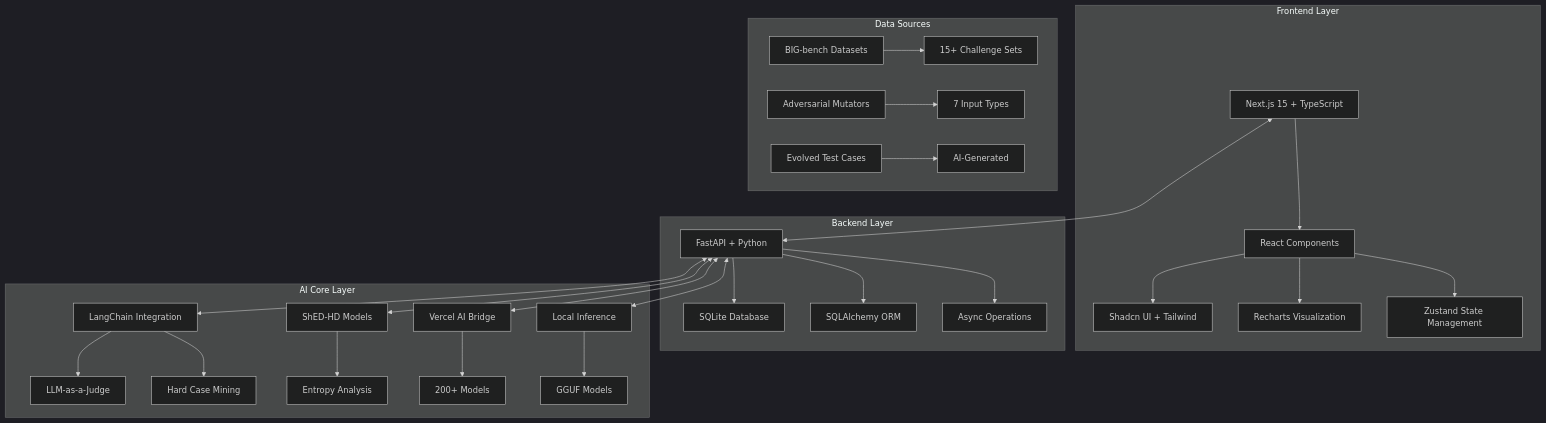
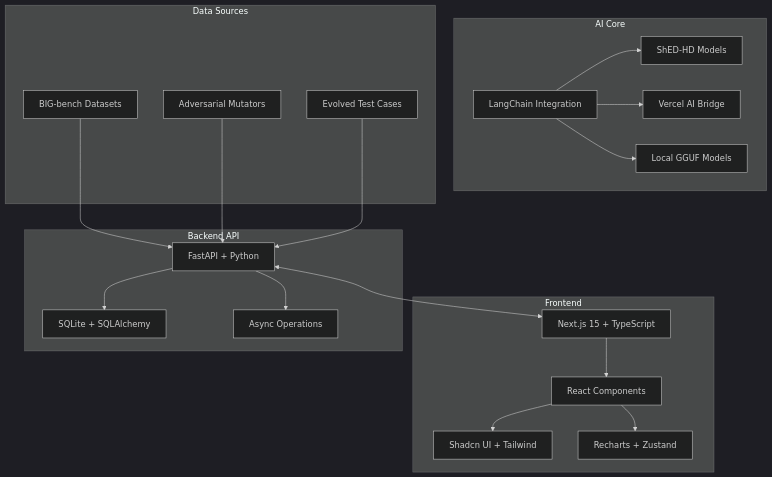
The diagram in README.md (lee-dan/DragonFruit-LLM), drawn with Mermaid (dark theme) before and after one commit. The commit also changed other lines of this file and 27 other files, not shown here.

````diff
--- a/README.md
+++ b/README.md
@@ -38,35 +38,40 @@
 ```mermaid
 graph TB
-    subgraph "Frontend Layer"
-        A[Next.js 15 + TypeScript] --> B[React Components]
-        B --> C[Shadcn UI + Tailwind]
-        B --> D[Recharts Visualization]
-        B --> E[Zustand State Management]
+    subgraph "Frontend"
+        A[Next.js 15 + TypeScript]
+        B[React Components]
+        C[Shadcn UI + Tailwind]
+        D[Recharts + Zustand]
     end
     
-    subgraph "Backend Layer"
-        F[FastAPI + Python] --> G[SQLite Database]
-        F --> H[SQLAlchemy ORM]
-        F --> I[Async Operations]
+    subgraph "Backend API"
+        E[FastAPI + Python]
+        F[SQLite + SQLAlchemy]
+        G[Async Operations]
     end
     
-    subgraph "AI Core Layer"
-        J[LangChain Integration] --> K[LLM-as-a-Judge]
-        J --> L[Hard Case Mining]
-        M[ShED-HD Models] --> N[Entropy Analysis]
-        O[Vercel AI Bridge] --> P[200+ Models]
-        Q[Local Inference] --> R[GGUF Models]
+    subgraph "AI Core"
+        H[LangChain Integration]
+        I[ShED-HD Models]
+        J[Vercel AI Bridge]
+        K[Local GGUF Models]
     end
     
     subgraph "Data Sources"
-        S[BIG-bench Datasets] --> T[15+ Challenge Sets]
-        U[Adversarial Mutators] --> V[7 Input Types]
-        W[Evolved Test Cases] --> X[AI-Generated]
+        L[BIG-bench Datasets]
+        M[Adversarial Mutators]
+        N[Evolved Test Cases]
     end
     
-    A <--> F
-    F <--> J
-    F <--> M
-    F <--> O
-    F <--> Q
+    A --> B --> C
+    B --> D
+    E --> F
+    E --> G
+    H --> I
+    H --> J
+    H --> K
+    L --> E
+    M --> E
+    N --> E
+    E <--> A
 ```
````
